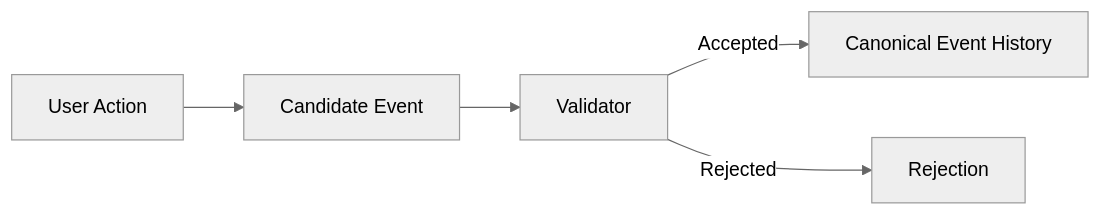
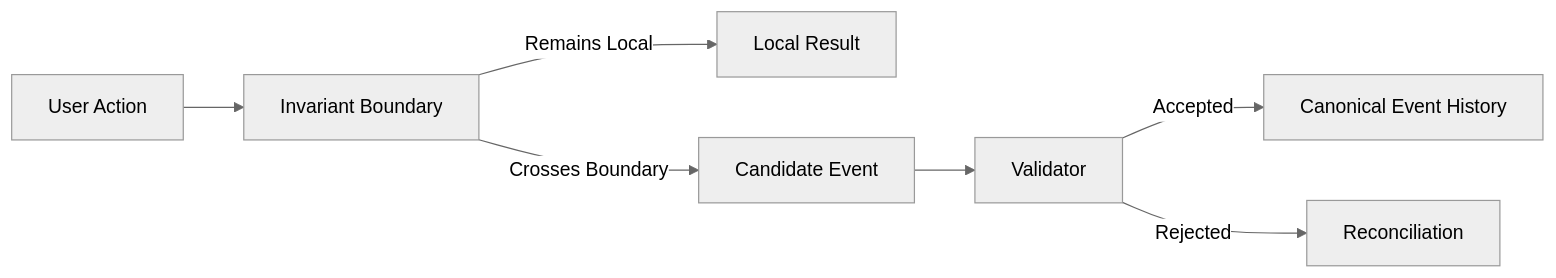
The second of 2 diagrams in CrypSA_Architecture_Overview.md (godofthunder101/crypsa-architecture), drawn with Mermaid (neutral theme) before and after one commit. The commit also changed other lines of this file, not shown here.

First line of the commit message:
Clarify roles and responsibilities in architecture overview

````diff
--- a/CrypSA_Architecture_Overview.md
+++ b/CrypSA_Architecture_Overview.md
@@ -189,8 +226,10 @@
-```mermaid id="n3b6rq"
+```mermaid
 flowchart LR
 
-A[User Action] --> B[Candidate Event]
-B --> C[Validator]
-C -->|Accepted| D[Canonical Event History]
-C -->|Rejected| E[Rejection]
+A["User Action"] --> B["Invariant Boundary"]
+B -->|Remains Local| C["Local Result"]
+B -->|Crosses Boundary| D["Candidate Event"]
+D --> E["Validator"]
+E -->|Accepted| F["Canonical Event History"]
+E -->|Rejected| G["Reconciliation"]
 ```
````
